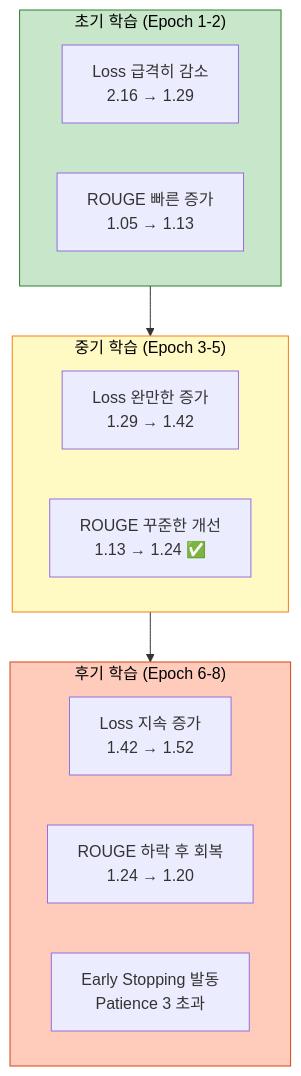
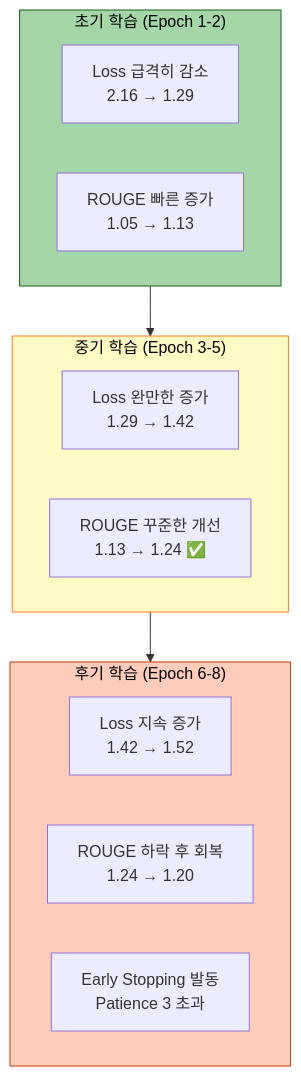
The ninth of 15 diagrams in docs/experiments/20251013_111525_strategy1_kobart_optimized_실험분석.md (AIBootcamp14/naturallanguageprocessingcompetition-nlp-1), drawn with Mermaid before and after one commit. The commit also changed other lines of this file and 1 other file, not shown here.

Commit message:
docs: 실험 분석 문서 mermaid 시각화 및 스타일 가이드 추가   - 기존 실험 분석 문서의 모든 mermaid 다이어그램 색상 표준화   - ROUGE 점수 비교, 훈련 시간 분석 등 7개 수치 시각화 추가   - 실험 문서 작성을 위한 종합 스타일 가이드 문서 생성   - experiments_style.md를 gitignore 예외 규칙에 추가

````diff
--- a/docs/experiments/20251013_111525_strategy1_kobart_optimized_실험분석.md
+++ b/docs/experiments/20251013_111525_strategy1_kobart_optimized_실험분석.md
@@ -348,24 +457,24 @@
 ```mermaid
 graph TB
     subgraph Phase1["초기 학습 (Epoch 1-2)"]
         A1[Loss 급격히 감소<br/>2.16 → 1.29]
         A2[ROUGE 빠른 증가<br/>1.05 → 1.13]
     end
 
     subgraph Phase2["중기 학습 (Epoch 3-5)"]
         B1[Loss 완만한 증가<br/>1.29 → 1.42]
         B2[ROUGE 꾸준한 개선<br/>1.13 → 1.24 ✅]
     end
 
     subgraph Phase3["후기 학습 (Epoch 6-8)"]
         C1[Loss 지속 증가<br/>1.42 → 1.52]
         C2[ROUGE 하락 후 회복<br/>1.24 → 1.20]
         C3[Early Stopping 발동<br/>Patience 3 초과]
     end
 
     Phase1 --> Phase2 --> Phase3
 
-    style Phase1 fill:#c8e6c9,stroke:#2e7d32,color:#000
+    style Phase1 fill:#a5d6a7,stroke:#1b5e20,color:#000
     style Phase2 fill:#fff9c4,stroke:#f57f17,color:#000
-    style Phase3 fill:#ffccbc,stroke:#d84315,color:#000
+    style Phase3 fill:#ffccbc,stroke:#bf360c,color:#000
 ```
````
